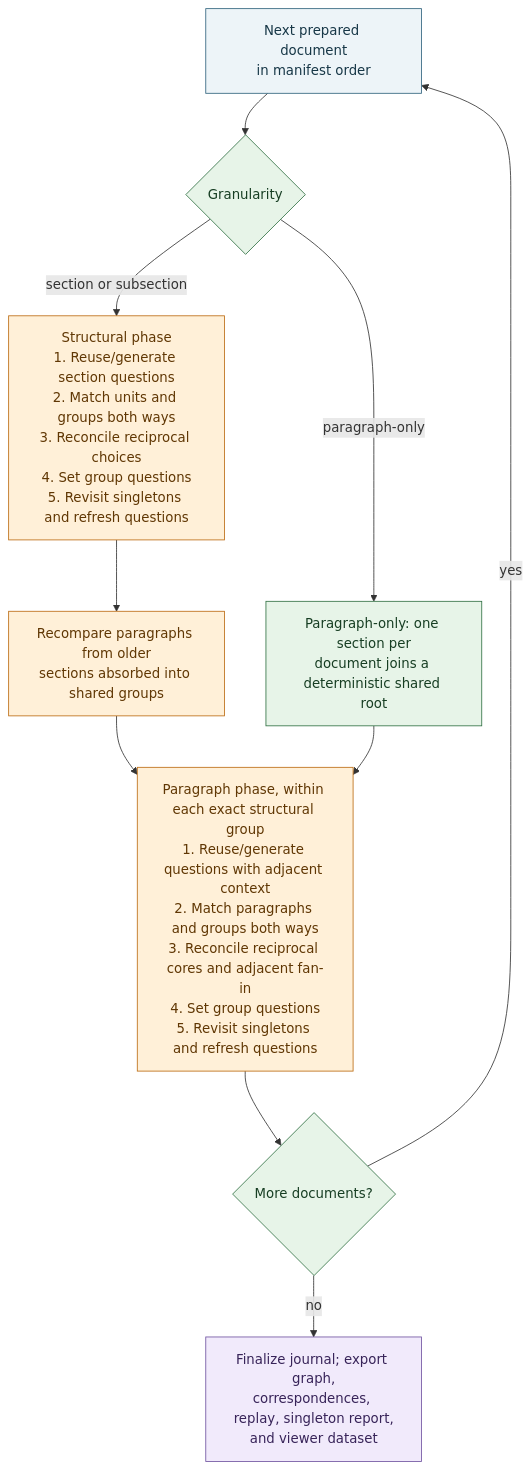
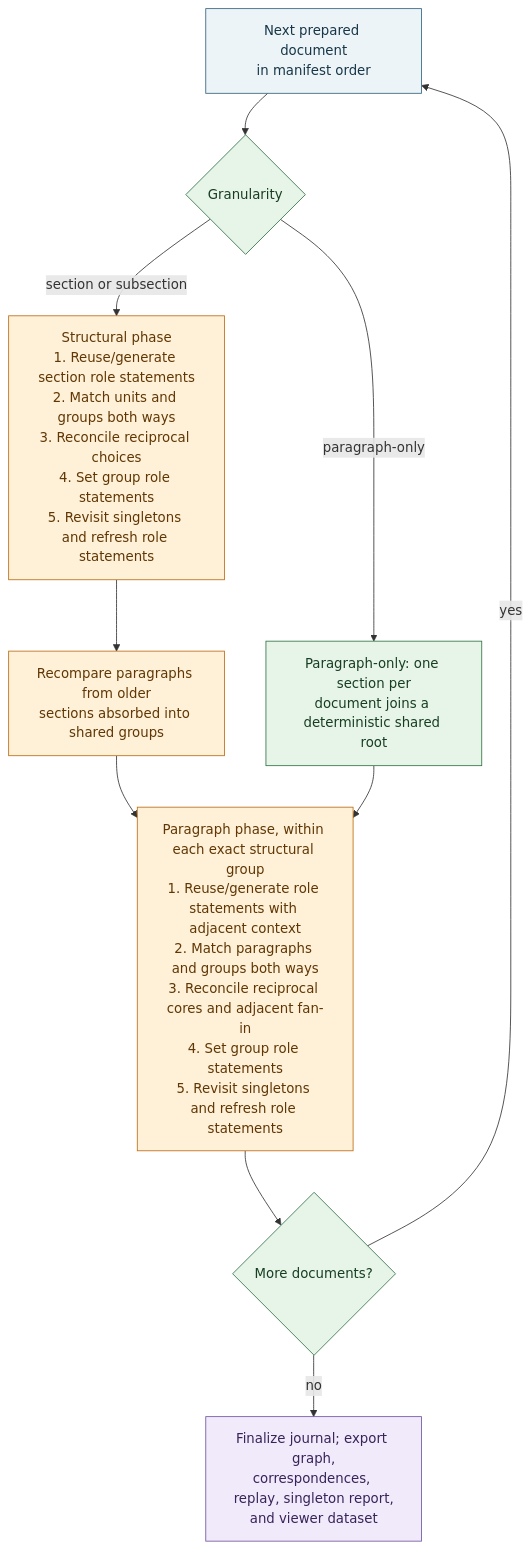
Before and after one commit to GraceGSy/SME-prototype: the second of 2 diagrams in PIPELINE_FLOW.md, drawn with Mermaid. The commit also changed other lines of this file and 112 other files, not shown here.

````diff
--- a/PIPELINE_FLOW.md
+++ b/PIPELINE_FLOW.md
@@ -77,23 +77,23 @@
 ```mermaid
 flowchart TD
     Paper["Next prepared document<br/>in manifest order"]:::input
     Mode{"Granularity"}:::det
-    Structural["Structural phase<br/>1. Reuse/generate section questions<br/>2. Match units and groups both ways<br/>3. Reconcile reciprocal choices<br/>4. Set group questions<br/>5. Revisit singletons and refresh questions"]:::model
+    Structural["Structural phase<br/>1. Reuse/generate section role statements<br/>2. Match units and groups both ways<br/>3. Reconcile reciprocal choices<br/>4. Set group role statements<br/>5. Revisit singletons and refresh role statements"]:::model
     Older["Recompare paragraphs from older<br/>sections absorbed into shared groups"]:::model
     Root["Paragraph-only: one section per<br/>document joins a deterministic shared root"]:::det
-    Paragraph["Paragraph phase, within each exact structural group<br/>1. Reuse/generate questions with adjacent context<br/>2. Match paragraphs and groups both ways<br/>3. Reconcile reciprocal cores and adjacent fan-in<br/>4. Set group questions<br/>5. Revisit singletons and refresh questions"]:::model
+    Paragraph["Paragraph phase, within each exact structural group<br/>1. Reuse/generate role statements with adjacent context<br/>2. Match paragraphs and groups both ways<br/>3. Reconcile reciprocal cores and adjacent fan-in<br/>4. Set group role statements<br/>5. Revisit singletons and refresh role statements"]:::model
     Next{"More documents?"}:::det
     Export["Finalize journal; export graph,<br/>correspondences, replay, singleton report,<br/>and viewer dataset"]:::artifact
 
     Paper --> Mode
     Mode -->|section or subsection| Structural --> Older --> Paragraph
     Mode -->|paragraph-only| Root --> Paragraph
     Paragraph --> Next
     Next -->|yes| Paper
     Next -->|no| Export
 
     classDef input fill:#edf4f8,stroke:#30637d,color:#173747;
     classDef model fill:#fff0d8,stroke:#bc6c13,color:#603704;
     classDef det fill:#e7f4e8,stroke:#327144,color:#173e23;
     classDef artifact fill:#f1eafb,stroke:#7054a0,color:#382459;
 ```
````
